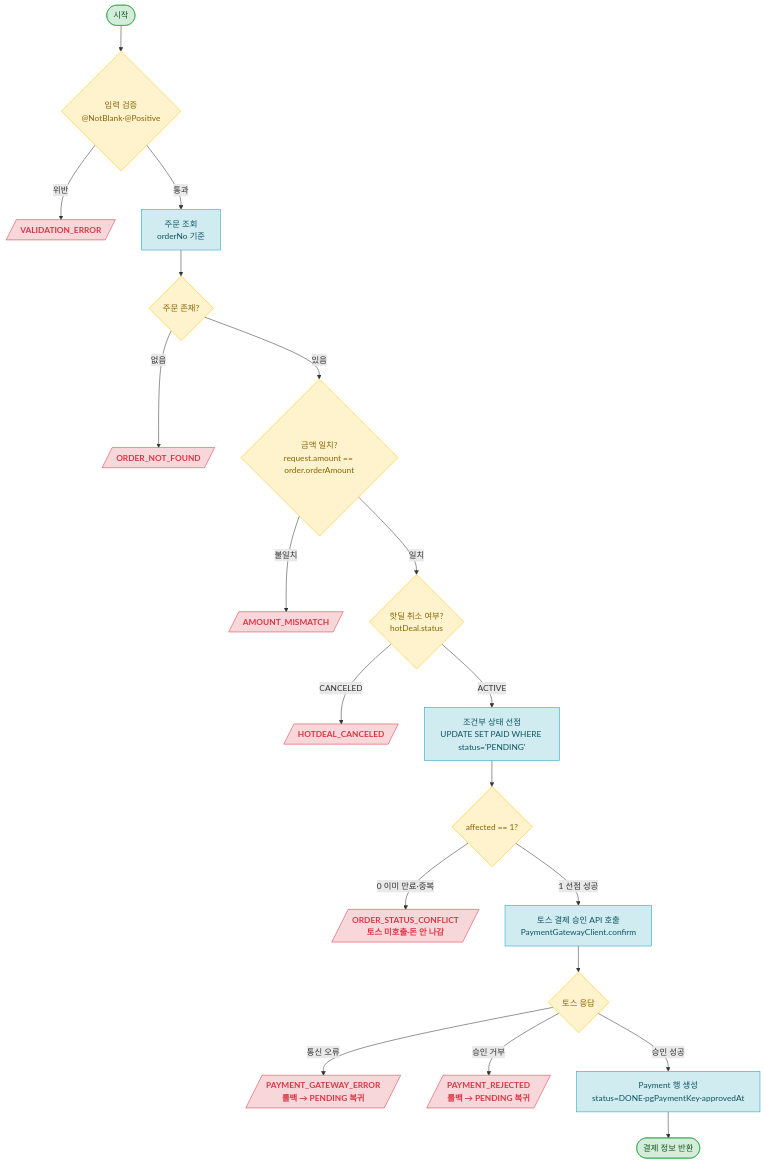
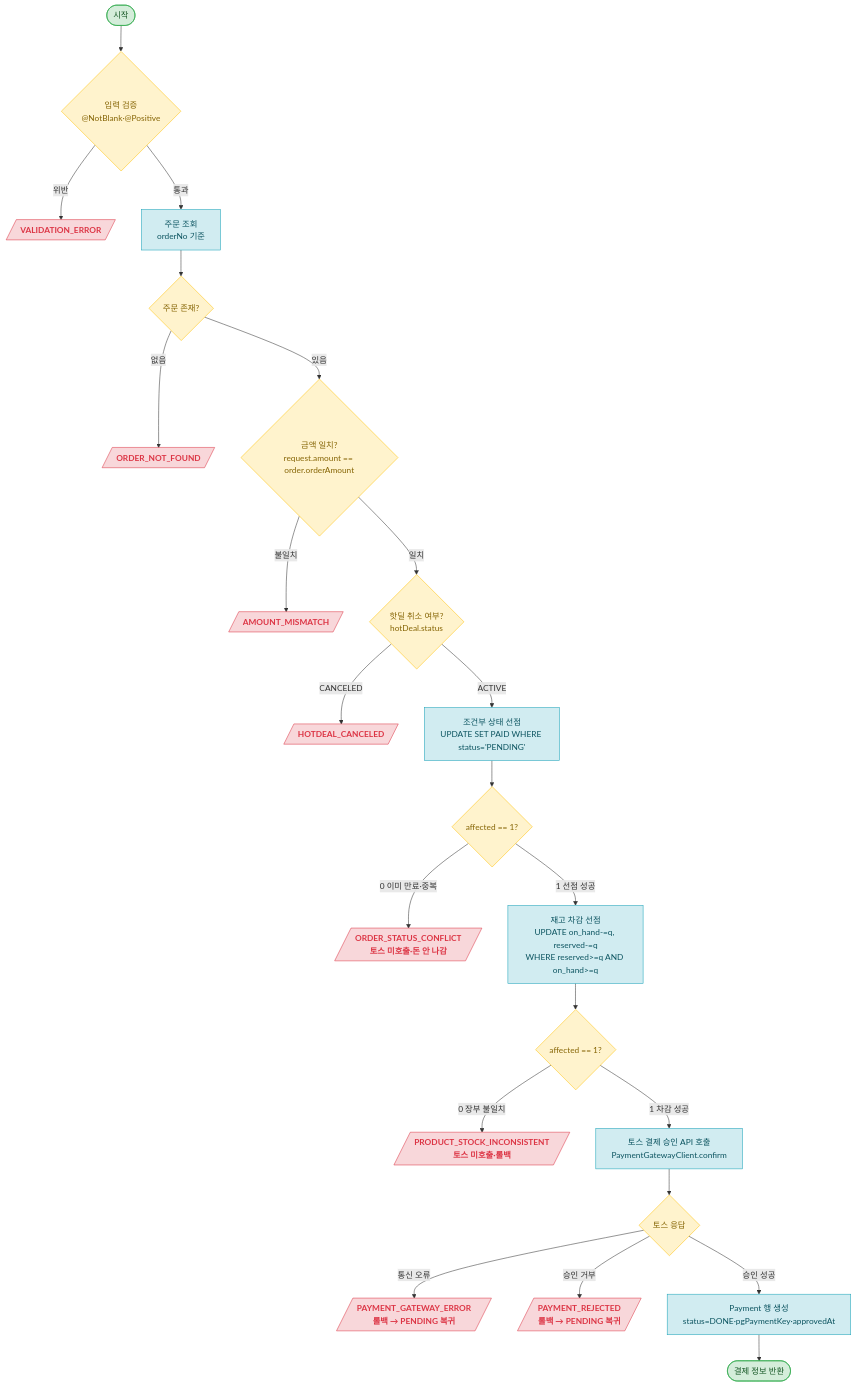
The diagram in docs/payment/api-design-user.md (Ting97ok/hotdeal-commerce), drawn with Mermaid before and after one commit. The commit also changed other lines of this file and 1 other file, not shown here.

First line of the commit message:
[Docs] 슬라이스5 결제 확정 ProductStock 차감 설계

````diff
--- a/docs/payment/api-design-user.md
+++ b/docs/payment/api-design-user.md
@@ -102,26 +103,29 @@
 ```mermaid
 flowchart TD
     A([시작]):::success --> B{입력 검증\n@NotBlank·@Positive}:::decision
     B -- 위반 --> C[/VALIDATION_ERROR/]:::error
     B -- 통과 --> D[주문 조회\norderNo 기준]:::process
     D --> E{주문 존재?}:::decision
     E -- 없음 --> F[/ORDER_NOT_FOUND/]:::error
     E -- 있음 --> G{금액 일치?\nrequest.amount == order.orderAmount}:::decision
     G -- 불일치 --> H[/AMOUNT_MISMATCH/]:::error
     G -- 일치 --> I{핫딜 취소 여부?\nhotDeal.status}:::decision
     I -- CANCELED --> J[/HOTDEAL_CANCELED/]:::error
     I -- ACTIVE --> K[조건부 상태 선점\nUPDATE SET PAID WHERE status='PENDING']:::process
     K --> L{affected == 1?}:::decision
     L -- 0 이미 만료·중복 --> M[/ORDER_STATUS_CONFLICT\n토스 미호출·돈 안 나감/]:::error
-    L -- 1 선점 성공 --> N[토스 결제 승인 API 호출\nPaymentGatewayClient.confirm]:::process
+    L -- 1 선점 성공 --> T[재고 차감 선점\nUPDATE on_hand-=q, reserved-=q\nWHERE reserved>=q AND on_hand>=q]:::process
+    T --> U{affected == 1?}:::decision
+    U -- 0 장부 불일치 --> V[/PRODUCT_STOCK_INCONSISTENT\n토스 미호출·롤백/]:::error
+    U -- 1 차감 성공 --> N[토스 결제 승인 API 호출\nPaymentGatewayClient.confirm]:::process
     N --> O{토스 응답}:::decision
     O -- 통신 오류 --> P[/PAYMENT_GATEWAY_ERROR\n롤백 → PENDING 복귀/]:::error
     O -- 승인 거부 --> Q[/PAYMENT_REJECTED\n롤백 → PENDING 복귀/]:::error
     O -- 승인 성공 --> R[Payment 행 생성\nstatus=DONE·pgPaymentKey·approvedAt]:::process
     R --> S([결제 정보 반환]):::success
 
     classDef error fill:#f8d7da,stroke:#dc3545,color:#dc3545,font-weight:bold
     classDef success fill:#d4edda,stroke:#28a745,color:#155724
     classDef process fill:#d1ecf1,stroke:#17a2b8,color:#0c5460
     classDef decision fill:#fff3cd,stroke:#ffc107,color:#856404
 ```
````
